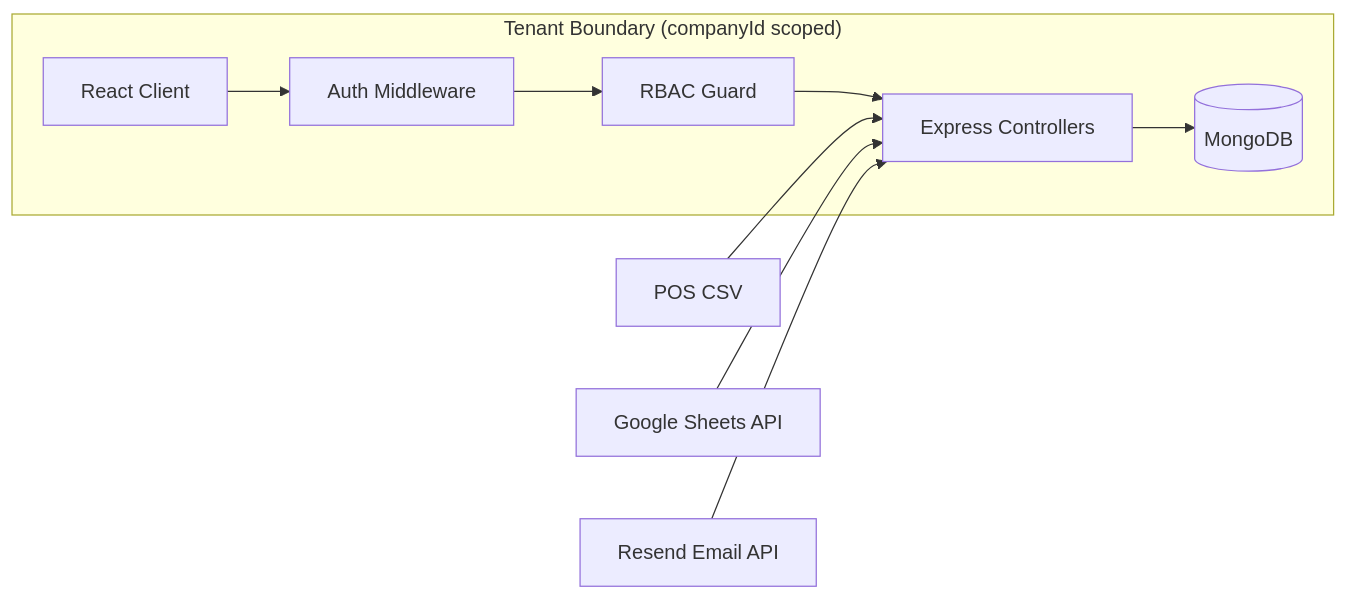
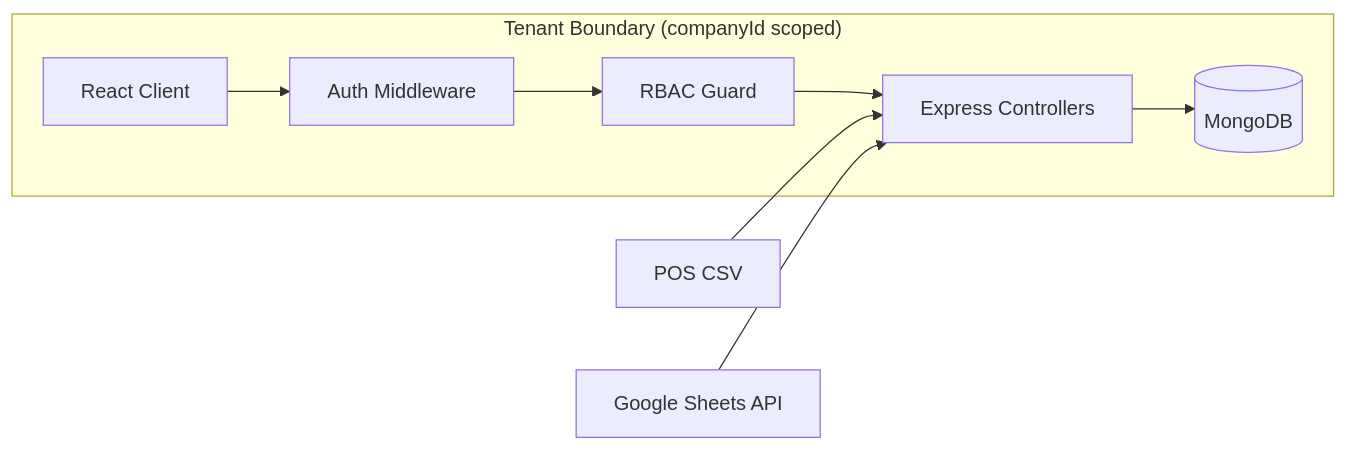
Before and after one commit to comp596-spring-2026/RetailSync: the first of 3 diagrams in README.md, drawn with Mermaid. The commit also changed other lines of this file and 41 other files, not shown here.

````diff
--- a/README.md
+++ b/README.md
@@ -91,11 +83,10 @@
 ```mermaid
 flowchart LR
   subgraph TenantBoundary["Tenant Boundary (companyId scoped)"]
     C["React Client"] --> A["Auth Middleware"] --> R["RBAC Guard"] --> API["Express Controllers"]
     API --> DB[("MongoDB")]
   end
 
   POS["POS CSV"] --> API
   GS["Google Sheets API"] --> API
-  RESEND["Resend Email API"] --> API
 ```
````
